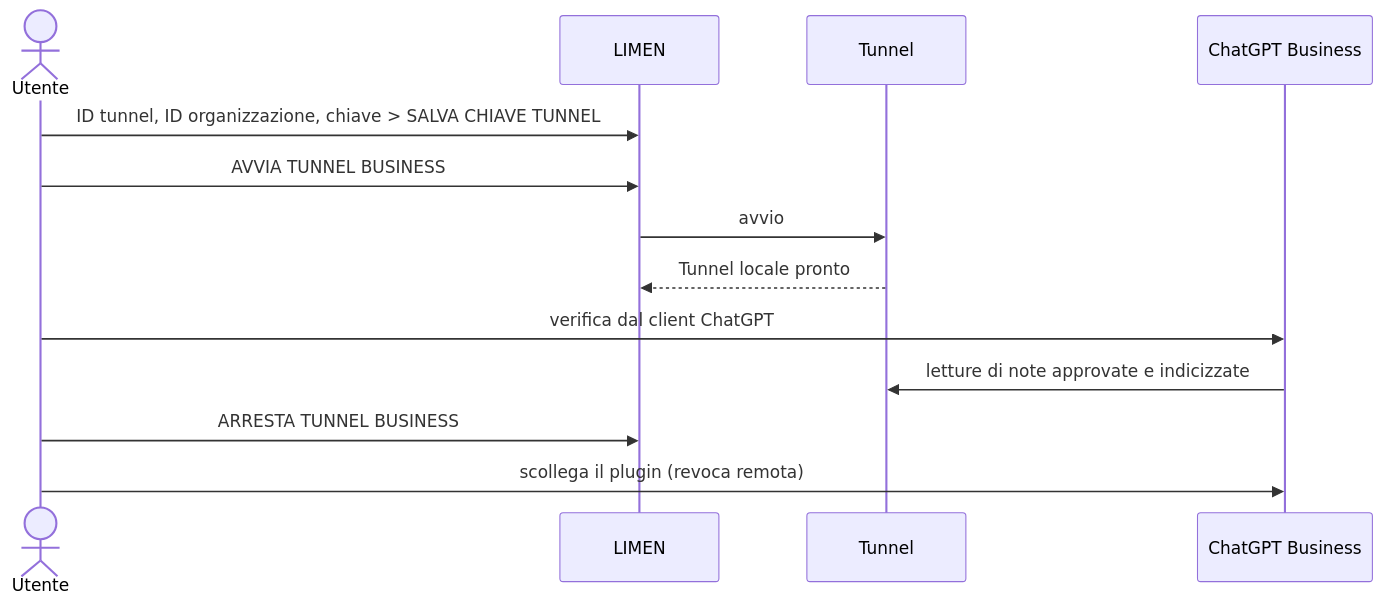
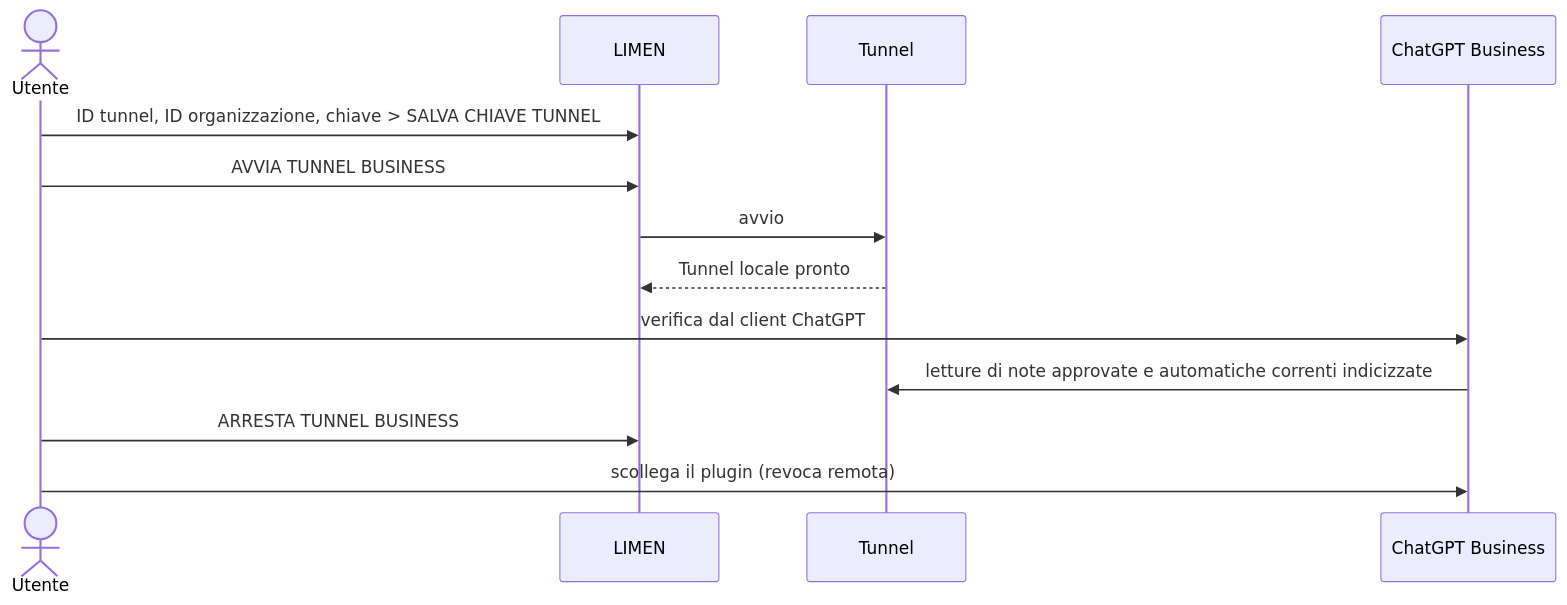
One commit to cesarenegro/vault_memai_obsi changed diagram 16 of 18 in HELP/04_WORKFLOW.md. Above: the diagram before and after it, drawn with Mermaid. The commit also changed other lines of this file and 125 other files, not shown here.

````diff
--- a/HELP/04_WORKFLOW.md
+++ b/HELP/04_WORKFLOW.md
@@ -254,15 +259,15 @@
 ```mermaid
 sequenceDiagram
   actor U as Utente
   participant L as LIMEN
   participant T as Tunnel
   participant G as ChatGPT Business
   U->>L: ID tunnel, ID organizzazione, chiave > SALVA CHIAVE TUNNEL
   U->>L: AVVIA TUNNEL BUSINESS
   L->>T: avvio
   T-->>L: Tunnel locale pronto
   U->>G: verifica dal client ChatGPT
-  G->>T: letture di note approvate e indicizzate
+  G->>T: letture di note approvate e automatiche correnti indicizzate
   U->>L: ARRESTA TUNNEL BUSINESS
   U->>G: scollega il plugin (revoca remota)
 ```
````
